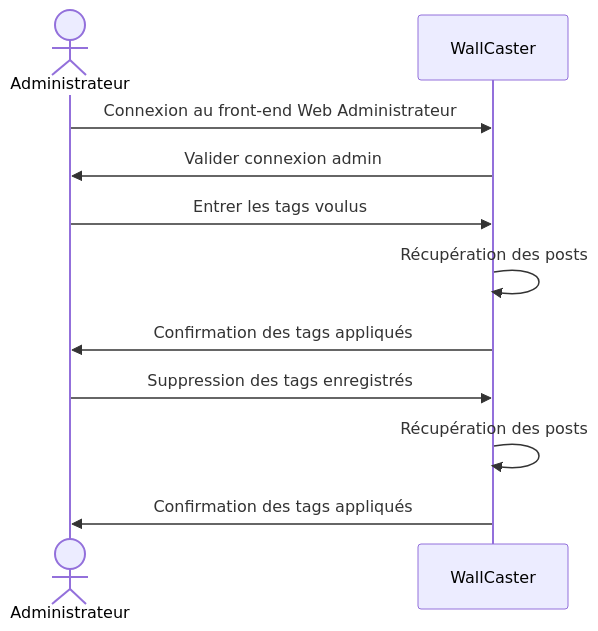
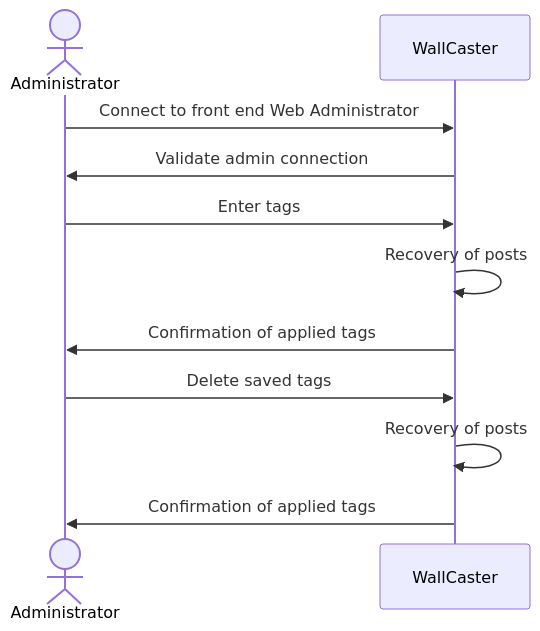
Diagram 14 of 17 in doc/analisis-report.md (WallCaster/WallCaster), drawn with Mermaid before and after one commit. The commit also changed other lines of this file, not shown here.

````diff
--- a/doc/analisis-report.md
+++ b/doc/analisis-report.md
@@ -283,15 +283,15 @@
 ```mermaid
 sequenceDiagram
-  actor A as Administrateur
+  actor A as Administrator
   participant W as WallCaster
 
-  A ->> W : Connexion au front-end Web Administrateur
-  W ->> A : Valider connexion admin
-  A ->> W : Entrer les tags voulus
-  W ->> W : Récupération des posts
-  W ->> A : Confirmation des tags appliqués
-  A ->> W : Suppression des tags enregistrés
-  W ->> W : Récupération des posts
-  W ->> A : Confirmation des tags appliqués
+  A ->> W : Connect to front end Web Administrator
+  W ->> A : Validate admin connection
+  A ->> W : Enter tags
+  W ->> W : Recovery of posts
+  W ->> A : Confirmation of applied tags
+  A ->> W : Delete saved tags
+  W ->> W : Recovery of posts
+  W ->> A : Confirmation of applied tags
 
 ```
````
